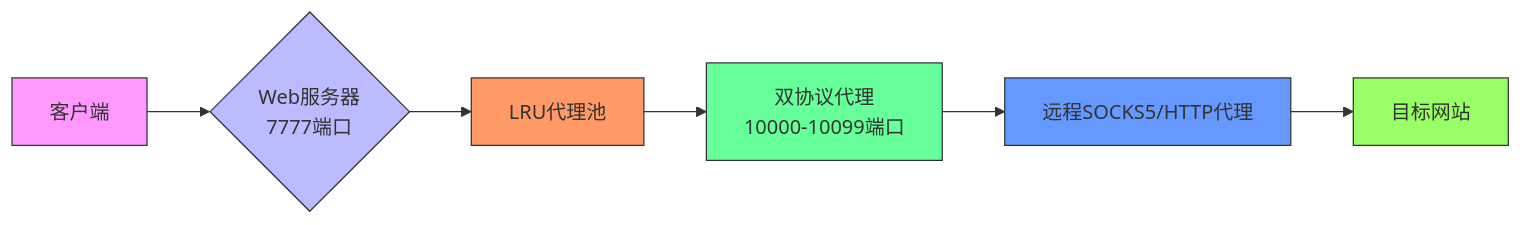
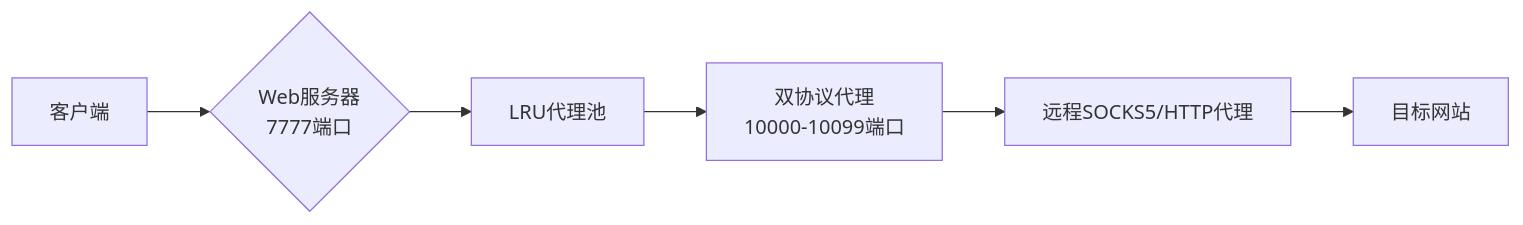
One commit to mtt-konan/socks5-proxy-pool changed the first of 3 diagrams in README.md. Above: the diagram before and after it, drawn with Mermaid. The commit also changed other lines of this file, not shown here.

Commit message:
撤销readme修改

````diff
--- a/README.md
+++ b/README.md
@@ -17,15 +17,8 @@
 ```mermaid
 graph LR
     A[客户端] --> B{Web服务器\n7777端口}
     B --> C[LRU代理池]
     C --> D[双协议代理\n10000-10099端口]
     D --> E[远程SOCKS5/HTTP代理]
     E --> F[目标网站]
-    
-    style A fill:#f9f,stroke:#333
-    style B fill:#bbf,stroke:#333
-    style C fill:#f96,stroke:#333
-    style D fill:#6f9,stroke:#333
-    style E fill:#69f,stroke:#333
-    style F fill:#9f6,stroke:#333
 ```
````
